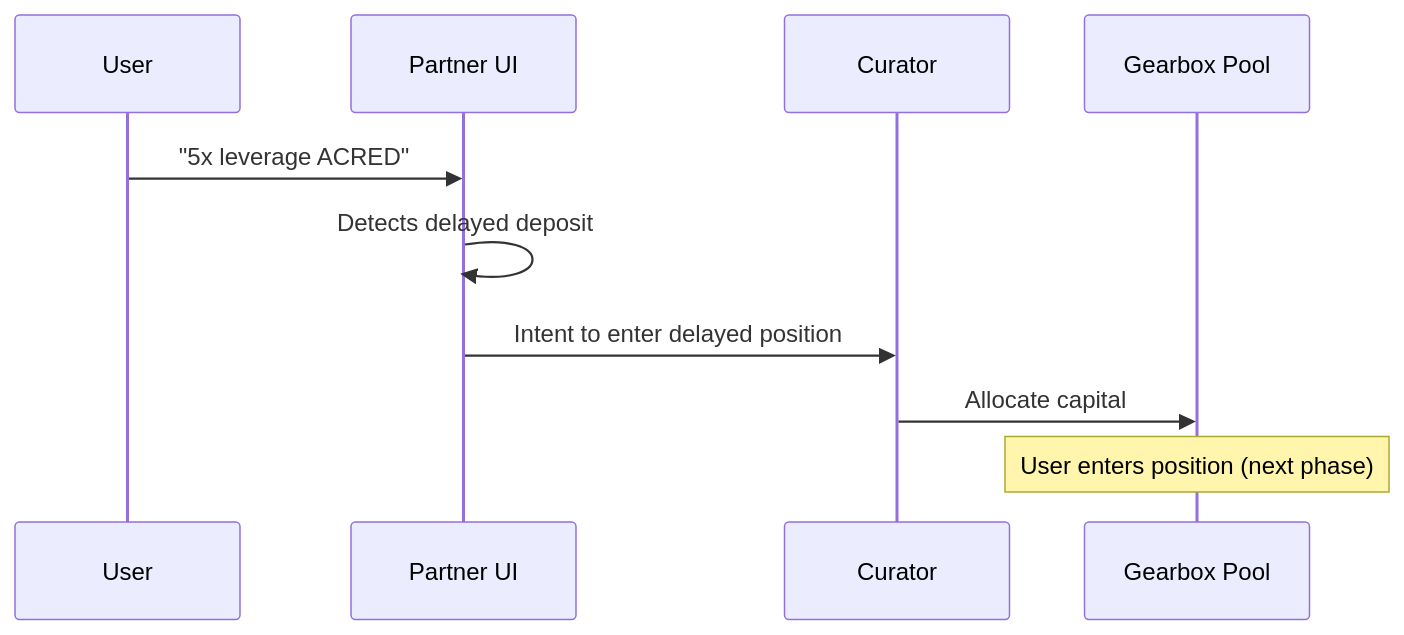
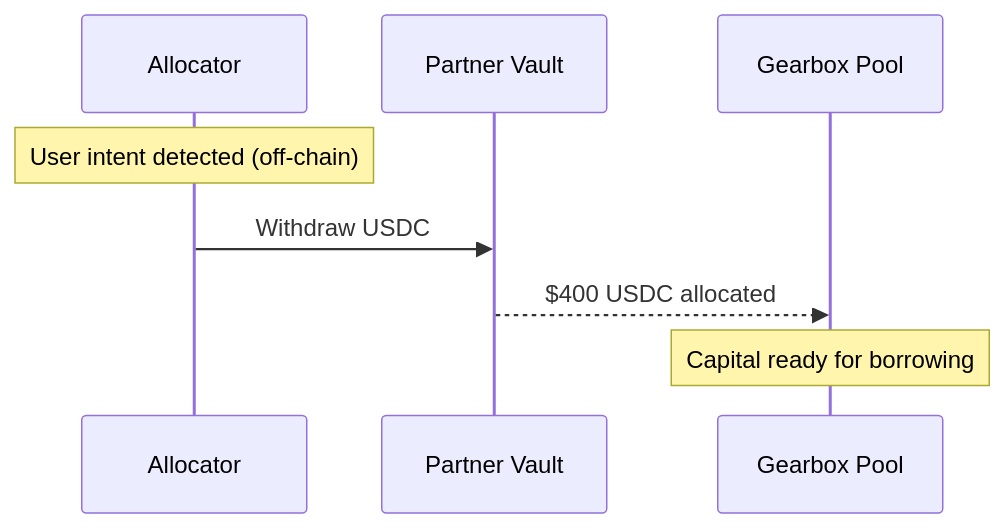
One commit to Gearbox-protocol/docs-knowledge changed the second of 10 diagrams in reference/usecase-faster-rwa-settlement-with-leverage.md. Above: the diagram before and after it, drawn with Mermaid. The commit also changed other lines of this file, not shown here.

First line of the commit message:
docs: redesign Phase 1/4 diagrams to contract-level participants

````diff
--- a/reference/usecase-faster-rwa-settlement-with-leverage.md
+++ b/reference/usecase-faster-rwa-settlement-with-leverage.md
@@ -197,13 +162,11 @@
 ```mermaid
 sequenceDiagram
-    participant U as User
-    participant UI as Partner UI
-    participant C as Curator
+    participant A as Allocator
+    participant PV as Partner Vault
     participant GP as Gearbox Pool
 
-    U->>UI: "5x leverage ACRED"
-    UI->>UI: Detects delayed deposit
-    UI->>C: Intent to enter delayed position
-    C->>GP: Allocate capital
-    Note over GP: User enters position (next phase)
+    Note over A: User intent detected (off-chain)
+    A->>PV: Withdraw USDC
+    PV-->>GP: $400 USDC allocated
+    Note over GP: Capital ready for borrowing
 ```
````
